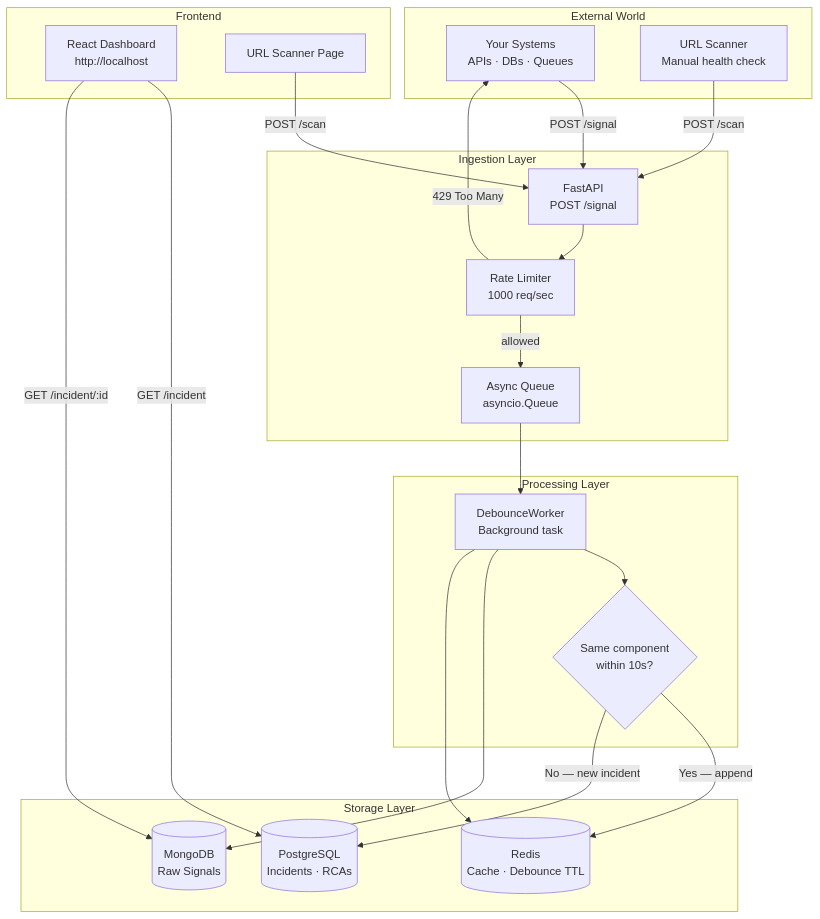
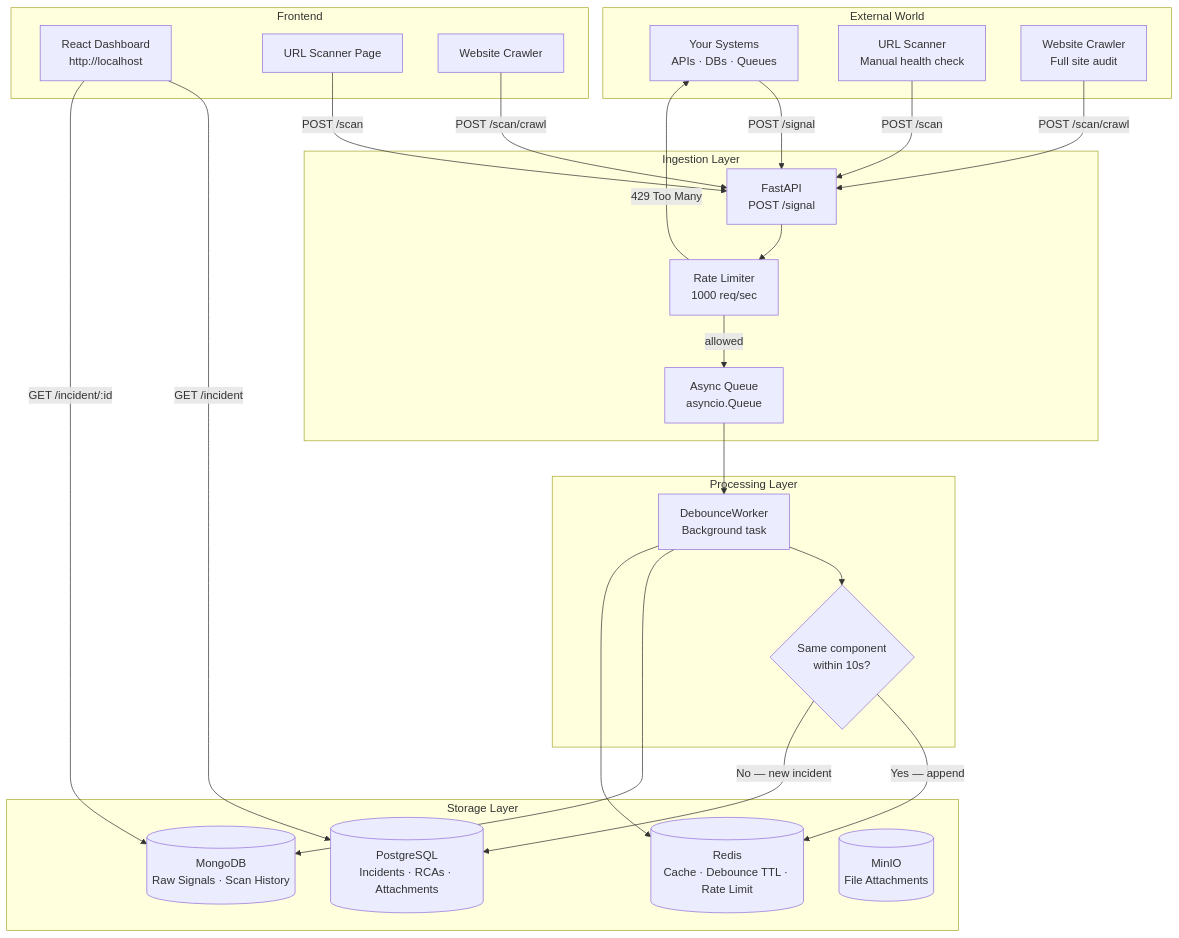
One commit to ManishKudtarkar/incident-management changed the first of 8 diagrams in README.md. Above: the diagram before and after it, drawn with Mermaid. The commit also changed other lines of this file and 9 other files, not shown here.

````diff
--- a/README.md
+++ b/README.md
@@ -76,44 +75,49 @@
 ```mermaid
 graph TB
     subgraph "External World"
         SYS[Your Systems<br/>APIs · DBs · Queues]
         SCAN[URL Scanner<br/>Manual health check]
+        CRAWL[Website Crawler<br/>Full site audit]
     end
 
     subgraph "Ingestion Layer"
         API[FastAPI<br/>POST /signal]
         RL[Rate Limiter<br/>1000 req/sec]
         Q[Async Queue<br/>asyncio.Queue]
     end
 
     subgraph "Processing Layer"
         W[DebounceWorker<br/>Background task]
         DB_CHECK{Same component<br/>within 10s?}
     end
 
     subgraph "Storage Layer"
-        PG[(PostgreSQL<br/>Incidents · RCAs)]
-        MG[(MongoDB<br/>Raw Signals)]
-        RD[(Redis<br/>Cache · Debounce TTL)]
+        PG[(PostgreSQL<br/>Incidents · RCAs · Attachments)]
+        MG[(MongoDB<br/>Raw Signals · Scan History)]
+        RD[(Redis<br/>Cache · Debounce TTL · Rate Limit)]
+        MN[(MinIO<br/>File Attachments)]
     end
 
     subgraph "Frontend"
         UI[React Dashboard<br/>http://localhost]
         SCAN_UI[URL Scanner Page]
+        CRAWL_UI[Website Crawler]
     end
 
     SYS -->|POST /signal| API
     SCAN -->|POST /scan| API
+    CRAWL -->|POST /scan/crawl| API
     API --> RL
     RL -->|allowed| Q
     RL -->|429 Too Many| SYS
     Q --> W
     W --> DB_CHECK
     DB_CHECK -->|Yes — append| RD
     DB_CHECK -->|No — new incident| PG
     W --> MG
     W --> RD
     UI -->|GET /incident| PG
     UI -->|GET /incident/:id| MG
     SCAN_UI -->|POST /scan| API
+    CRAWL_UI -->|POST /scan/crawl| API
 ```
````
